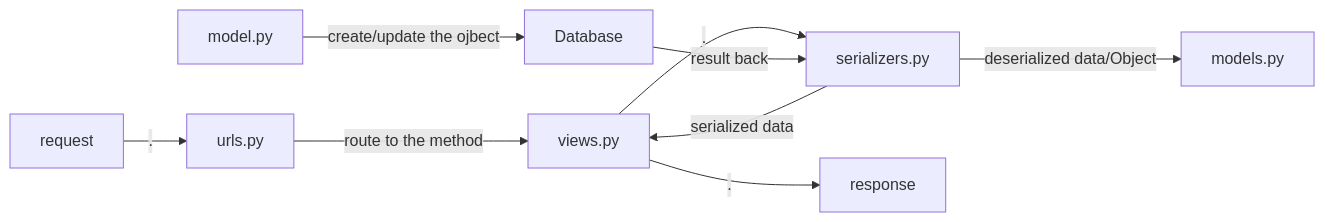
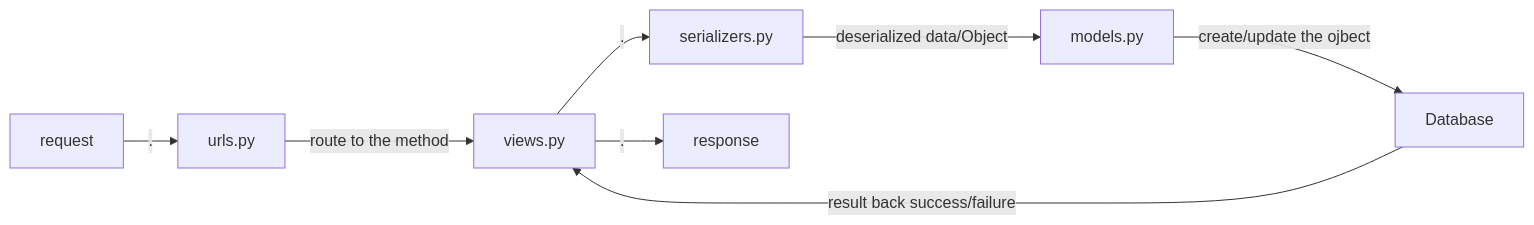
The third of 5 diagrams in Welcome file.md (LooDaHu/ARORA_General_-Introduction), drawn with Mermaid before and after one commit. The commit also changed other lines of this file, not shown here.

````diff
--- a/Welcome file.md
+++ b/Welcome file.md
@@ -171,11 +171,10 @@
 ```mermaid
 graph LR
 request -- . --> urls.py
 urls.py -- route to the method --> views.py
 views.py -- . --> serializers.py
 serializers.py -- deserialized data/Object --> models.py
-model.py -- create/update the ojbect --> Database
-Database -- result back --> serializers.py
-serializers.py -- serialized data --> views.py
+models.py -- create/update the ojbect --> Database
+Database -- result back success/failure --> views.py
 views.py --. --> response
 ```
````
